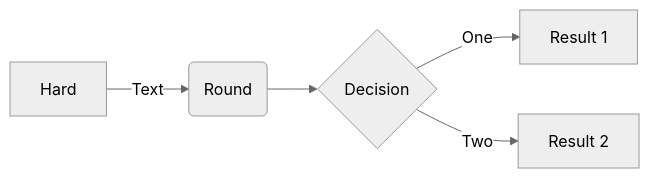
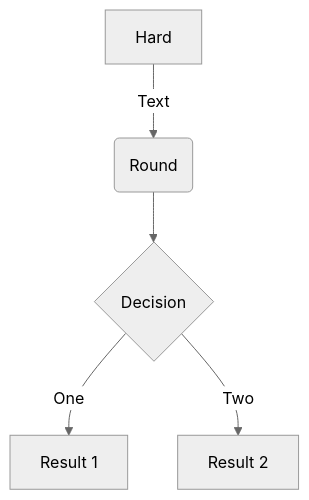
The diagram in modules/dates/index.md (Amleth/consortium-musica2-gt2-ontologies), drawn with Mermaid (neutral theme) before and after one commit.

````diff
--- a/modules/dates/index.md
+++ b/modules/dates/index.md
@@ -3,8 +3,8 @@
 ```mermaid
-graph LR
+graph
 
 A[Hard] -->|Text| B(Round)
 B --> C{Decision}
 C -->|One| D[Result 1]
 C -->|Two| E[Result 2]
 ```
````
